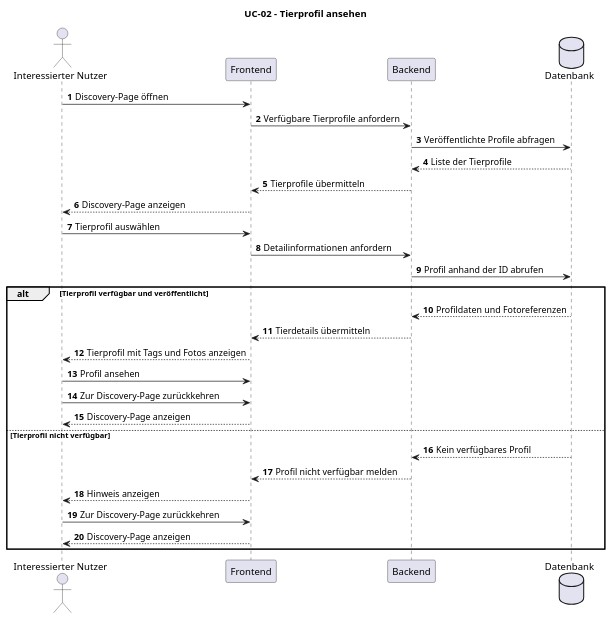
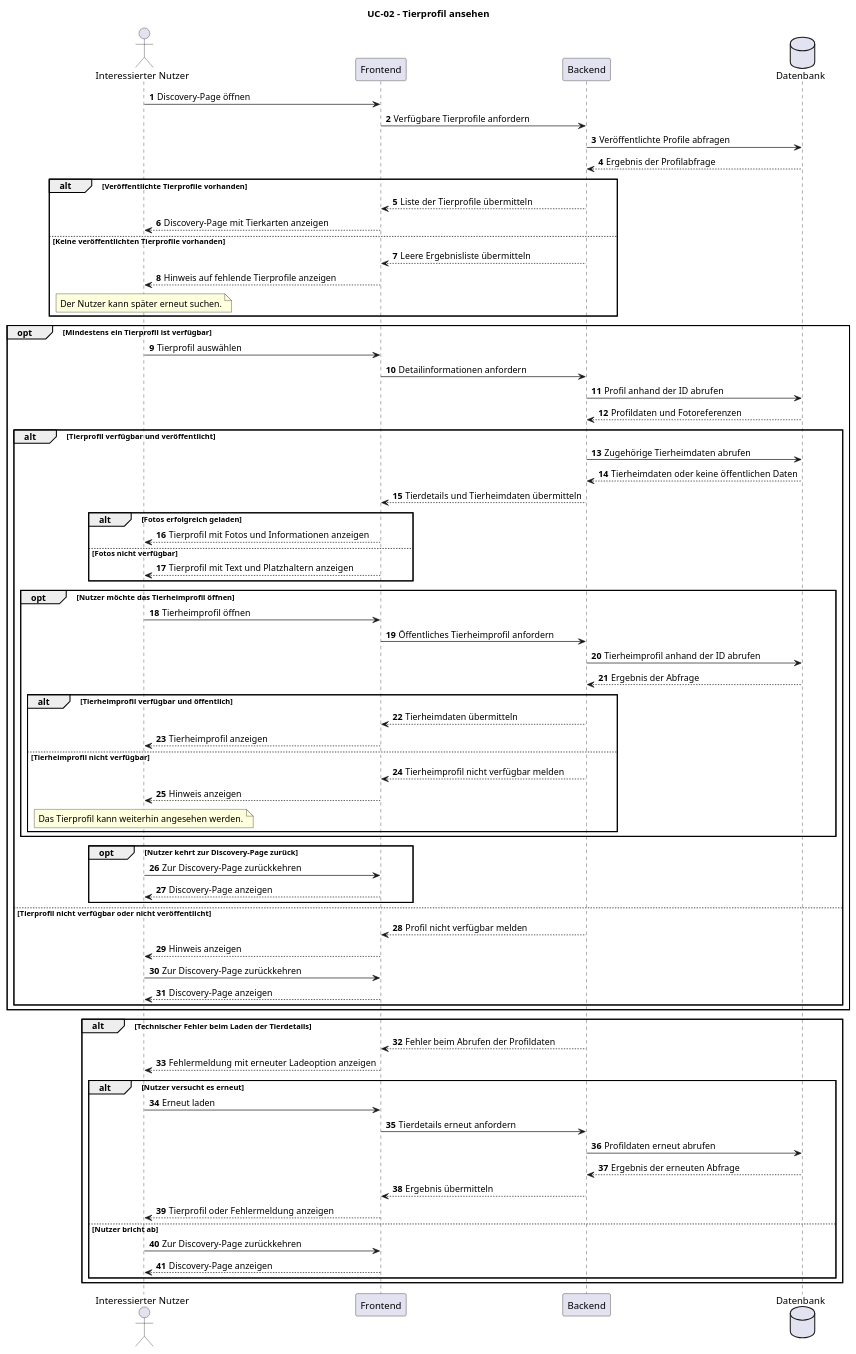
Before and after one commit to ImConsti/CoupleGOATS: the diagram in docs/diagrams/UC-02_sequence.puml, drawn with PlantUML. The commit also changed other lines of this file, not shown here.

Commit message:
Enhance UC-02 sequence diagram with detailed conditions

```diff
--- a/docs/diagrams/UC-02_sequence.puml
+++ b/docs/diagrams/UC-02_sequence.puml
@@ -1,37 +2,92 @@
 @startuml
 title UC-02 – Tierprofil ansehen
 
 autonumber
 
 actor "Interessierter Nutzer" as User
 participant "Frontend" as FE
 participant "Backend" as BE
 database "Datenbank" as DB
 
 User -> FE: Discovery-Page öffnen
 FE -> BE: Verfügbare Tierprofile anfordern
 BE -> DB: Veröffentlichte Profile abfragen
-DB --> BE: Liste der Tierprofile
-BE --> FE: Tierprofile übermitteln
-FE --> User: Discovery-Page anzeigen
+DB --> BE: Ergebnis der Profilabfrage
 
-User -> FE: Tierprofil auswählen
-FE -> BE: Detailinformationen anfordern
-BE -> DB: Profil anhand der ID abrufen
+alt Veröffentlichte Tierprofile vorhanden
+    BE --> FE: Liste der Tierprofile übermitteln
+    FE --> User: Discovery-Page mit Tierkarten anzeigen
+else Keine veröffentlichten Tierprofile vorhanden
+    BE --> FE: Leere Ergebnisliste übermitteln
+    FE --> User: Hinweis auf fehlende Tierprofile anzeigen
+    note over User
+        Der Nutzer kann später erneut suchen.
+    end note
+end
 
-alt Tierprofil verfügbar und veröffentlicht
+opt Mindestens ein Tierprofil ist verfügbar
+    User -> FE: Tierprofil auswählen
+    FE -> BE: Detailinformationen anfordern
+    BE -> DB: Profil anhand der ID abrufen
     DB --> BE: Profildaten und Fotoreferenzen
-    BE --> FE: Tierdetails übermitteln
-    FE --> User: Tierprofil mit Tags und Fotos anzeigen
-    User -> FE: Profil ansehen
-    User -> FE: Zur Discovery-Page zurückkehren
-    FE --> User: Discovery-Page anzeigen
 
-else Tierprofil nicht verfügbar
-    DB --> BE: Kein verfügbares Profil
-    BE --> FE: Profil nicht verfügbar melden
-    FE --> User: Hinweis anzeigen
-    User -> FE: Zur Discovery-Page zurückkehren
-    FE --> User: Discovery-Page anzeigen
+    alt Tierprofil verfügbar und veröffentlicht
+        BE -> DB: Zugehörige Tierheimdaten abrufen
+        DB --> BE: Tierheimdaten oder keine öffentlichen Daten
+        BE --> FE: Tierdetails und Tierheimdaten übermitteln
+
+        alt Fotos erfolgreich geladen
+            FE --> User: Tierprofil mit Fotos und Informationen anzeigen
+        else Fotos nicht verfügbar
+            FE --> User: Tierprofil mit Text und Platzhaltern anzeigen
+        end
+
+        opt Nutzer möchte das Tierheimprofil öffnen
+            User -> FE: Tierheimprofil öffnen
+            FE -> BE: Öffentliches Tierheimprofil anfordern
+            BE -> DB: Tierheimprofil anhand der ID abrufen
+            DB --> BE: Ergebnis der Abfrage
+
+            alt Tierheimprofil verfügbar und öffentlich
+                BE --> FE: Tierheimdaten übermitteln
+                FE --> User: Tierheimprofil anzeigen
+            else Tierheimprofil nicht verfügbar
+                BE --> FE: Tierheimprofil nicht verfügbar melden
+                FE --> User: Hinweis anzeigen
+                note over User
+                    Das Tierprofil kann weiterhin angesehen werden.
+                end note
+            end
+        end
+
+        opt Nutzer kehrt zur Discovery-Page zurück
+            User -> FE: Zur Discovery-Page zurückkehren
+            FE --> User: Discovery-Page anzeigen
+        end
+
+    else Tierprofil nicht verfügbar oder nicht veröffentlicht
+        BE --> FE: Profil nicht verfügbar melden
+        FE --> User: Hinweis anzeigen
+        User -> FE: Zur Discovery-Page zurückkehren
+        FE --> User: Discovery-Page anzeigen
+    end
 end
+
+alt Technischer Fehler beim Laden der Tierdetails
+    BE --> FE: Fehler beim Abrufen der Profildaten
+    FE --> User: Fehlermeldung mit erneuter Ladeoption anzeigen
+
+    alt Nutzer versucht es erneut
+        User -> FE: Erneut laden
+        FE -> BE: Tierdetails erneut anfordern
+        BE -> DB: Profildaten erneut abrufen
+        DB --> BE: Ergebnis der erneuten Abfrage
+        BE --> FE: Ergebnis übermitteln
+        FE --> User: Tierprofil oder Fehlermeldung anzeigen
+    else Nutzer bricht ab
+        User -> FE: Zur Discovery-Page zurückkehren
+        FE --> User: Discovery-Page anzeigen
+    end
+end
+
 @enduml
```
